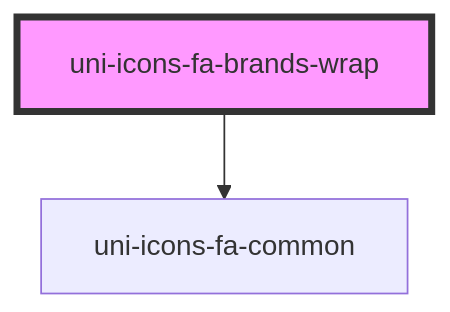
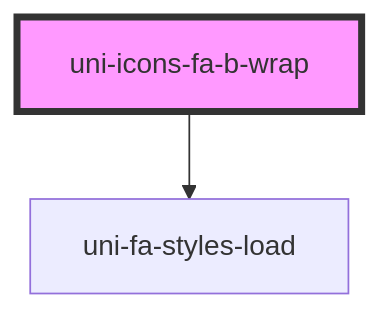
One commit to uiwebkit/icons changed the diagram in src/components/icons-fa/brands/@wrap/readme.md. Above: the diagram before and after it, drawn with Mermaid. The commit also changed other lines of this file and 25 other files, not shown here.

Commit message:
add: icon fa - github, npm, chart-line

````diff
--- a/src/components/icons-fa/brands/@wrap/readme.md
+++ b/src/components/icons-fa/brands/@wrap/readme.md
@@ -26,5 +31,5 @@
 ```mermaid
 graph TD;
-  uni-icons-fa-brands-wrap --> uni-icons-fa-common
-  style uni-icons-fa-brands-wrap fill:#f9f,stroke:#333,stroke-width:4px
+  uni-icons-fa-b-wrap --> uni-fa-styles-load
+  style uni-icons-fa-b-wrap fill:#f9f,stroke:#333,stroke-width:4px
 ```
````
